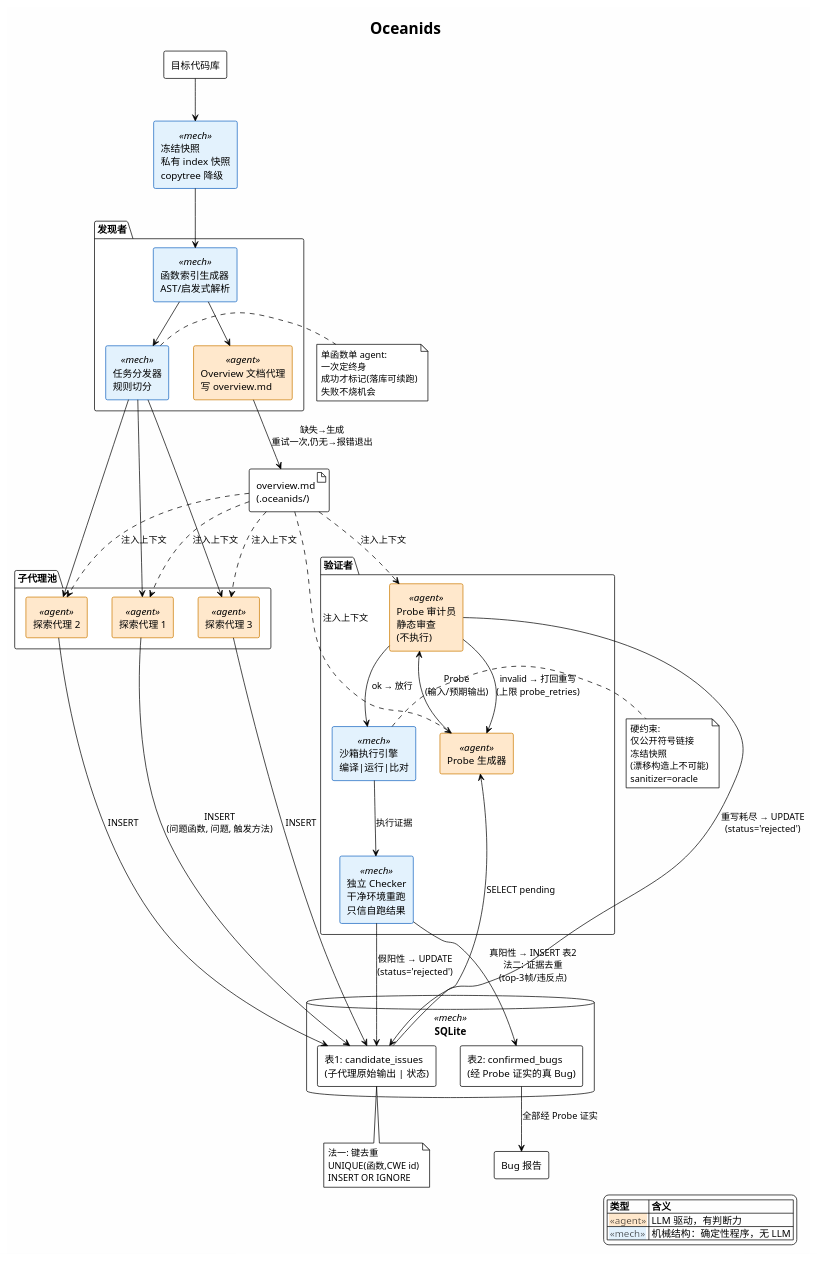
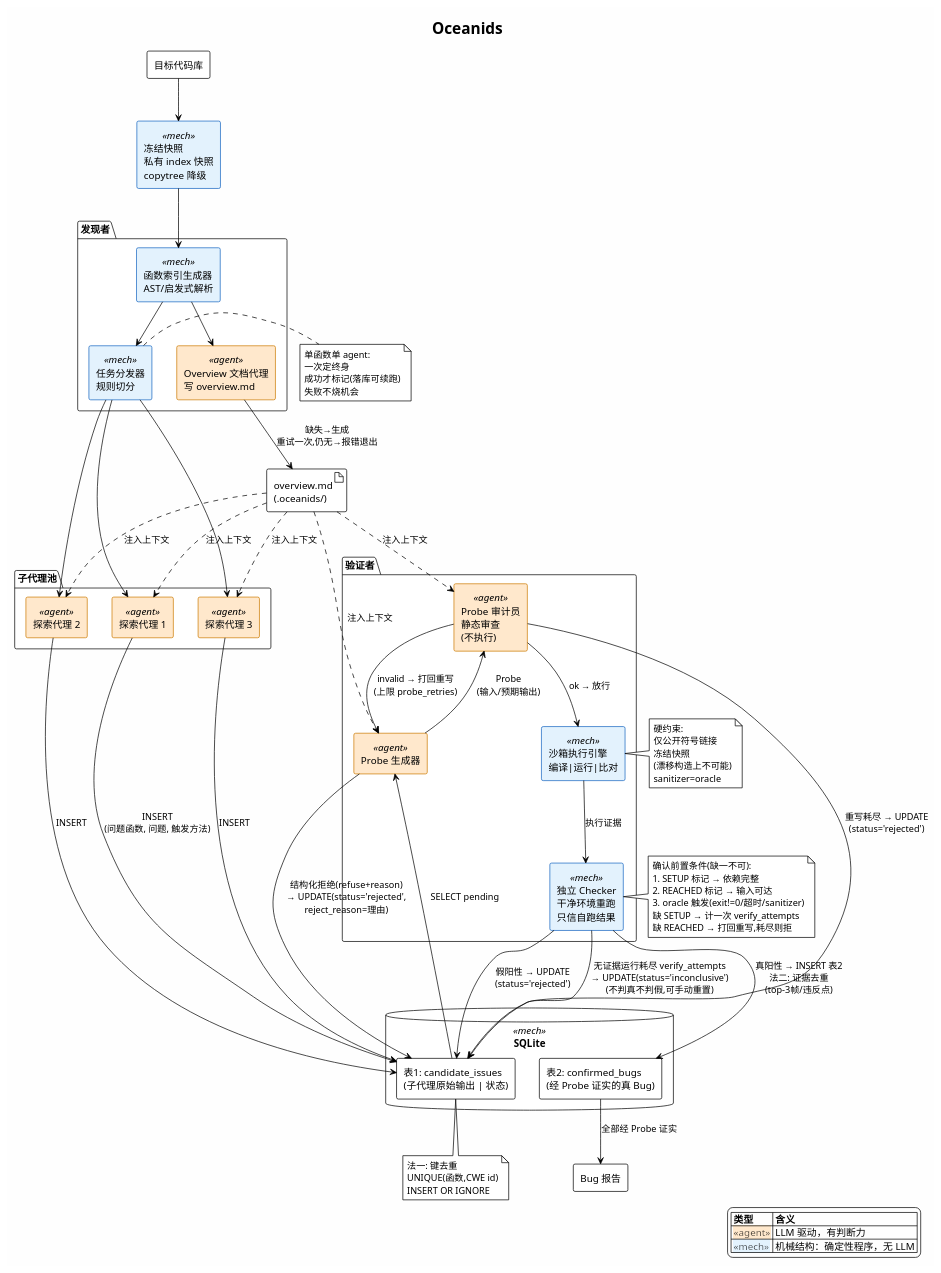
The diagram in docs/arch.puml (404MaximWang/Oceanids), drawn with PlantUML before and after one commit. The commit also changed 8 other files, not shown here.

```diff
--- a/docs/arch.puml
+++ b/docs/arch.puml
@@ -1,111 +1,122 @@
 @startuml
 !theme plain
 skinparam backgroundColor #FEFEFE
 skinparam componentStyle rectangle
 
 ' 组件类型配色：Agent(LLM 驱动) vs 机械结构(确定性程序)
 skinparam component {
     BackgroundColor<<agent>> #FFE8CC
     BorderColor<<agent>> #CC7A00
     BackgroundColor<<mech>> #E3F2FD
     BorderColor<<mech>> #1565C0
 }
 
 title Oceanids
 
 legend right
   |= 类型 |= 含义 |
   | <back:#FFE8CC>«agent»</back> | LLM 驱动，有判断力 |
   | <back:#E3F2FD>«mech»</back> | 机械结构：确定性程序，无 LLM |
 endlegend
 
 database "SQLite" as DB <<mech>> {
     rectangle "表1: candidate_issues\n(子代理原始输出 | 状态)" as T1
     rectangle "表2: confirmed_bugs\n(经 Probe 证实的真 Bug)" as T2
 }
 
 package "发现者" {
     [函数索引生成器\nAST/启发式解析] as FuncIndex <<mech>>
     [任务分发器\n规则切分] as Dispatch <<mech>>
     [Overview 文档代理\n写 overview.md] as OvGen <<agent>>
 }
 
 artifact "overview.md\n(.oceanids/)" as OvMd
 
 package "子代理池" {
     [探索代理 1] as SA1 <<agent>>
     [探索代理 2] as SA2 <<agent>>
     [探索代理 3] as SA3 <<agent>>
 }
 
 package "验证者" {
     [Probe 生成器] as ProbeGen <<agent>>
     [Probe 审计员\n静态审查\n(不执行)] as Audit <<agent>>
     [沙箱执行引擎\n编译|运行|比对] as Sandbox <<mech>>
     [独立 Checker\n干净环境重跑\n只信自跑结果] as Checker <<mech>>
 }
 
 ' Phase 0: 冻结快照（私有 index / copytree 降级）
 [冻结快照\n私有 index 快照\ncopytree 降级] as Freeze <<mech>>
 [目标代码库] --> Freeze
 Freeze --> FuncIndex
 FuncIndex --> Dispatch
 FuncIndex --> OvGen
 OvGen --> OvMd : 缺失→生成\n重试一次,仍无→报错退出
 Dispatch --> SA1
 Dispatch --> SA2
 Dispatch --> SA3
 
 ' overview.md 注入后续所有 agent 的上下文
 OvMd ..> SA1 : 注入上下文
 OvMd ..> SA2 : 注入上下文
 OvMd ..> SA3 : 注入上下文
 OvMd ..> ProbeGen : 注入上下文
 OvMd ..> Audit : 注入上下文
 
 note right of Dispatch
   单函数单 agent:
   一次定终身
   成功才标记(落库可续跑)
   失败不烧机会
 end note
 
 SA1 --> T1 : INSERT\n(问题函数, 问题, 触发方法)
 SA2 --> T1 : INSERT
 SA3 --> T1 : INSERT
 
 ' 法一: 写入时键去重
 note bottom of T1
   法一: 键去重
   UNIQUE(函数,CWE id)
   INSERT OR IGNORE
 end note
 
 ' Phase 3: 验证者直接订阅表1
 T1 --> ProbeGen : SELECT pending
 ProbeGen --> Audit : Probe\n(输入/预期输出)
+ProbeGen --> T1 : 结构化拒绝(refuse+reason)\n→ UPDATE(status='rejected',\nreject_reason=理由)
 
 ' Phase 3.4: 审计门（打回重写，耗尽则拒）
 Audit --> ProbeGen : invalid → 打回重写\n(上限 probe_retries)
 Audit --> T1 : 重写耗尽 → UPDATE\n(status='rejected')
 Audit --> Sandbox : ok → 放行
 
 ' 硬约束（机械保证，非 prompt）
 note right of Sandbox
   硬约束:
   仅公开符号链接
   冻结快照
   (漂移构造上不可能)
   sanitizer=oracle
 end note
 
 ' Phase 3.5: 生成/执行/判定三权分离
 Sandbox --> Checker : 执行证据
 
+note right of Checker
+  确认前置条件(缺一不可):
+  1. SETUP 标记 → 依赖完整
+  2. REACHED 标记 → 输入可达
+  3. oracle 触发(exit!=0/超时/sanitizer)
+  缺 SETUP → 计一次 verify_attempts
+  缺 REACHED → 打回重写,耗尽则拒
+end note
+
 ' Phase 4: 验证结果分流
 Checker --> T2 : 真阳性 → INSERT 表2\n法二: 证据去重\n(top-3帧/违反点)
 Checker --> T1 : 假阳性 → UPDATE\n(status='rejected')
+Checker --> T1 : 无证据运行耗尽 verify_attempts\n→ UPDATE(status='inconclusive')\n(不判真不判假,可手动重置)
 
 T2 --> [Bug 报告] : 全部经 Probe 证实
 
 @enduml
```
